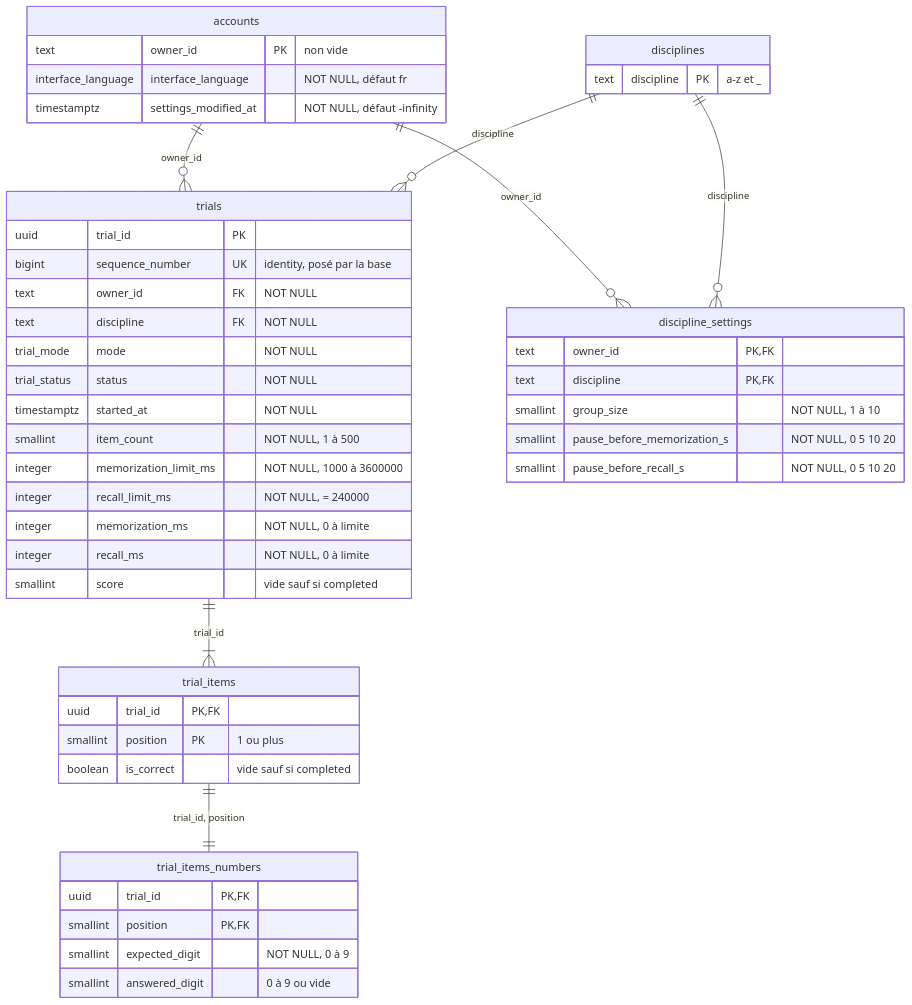
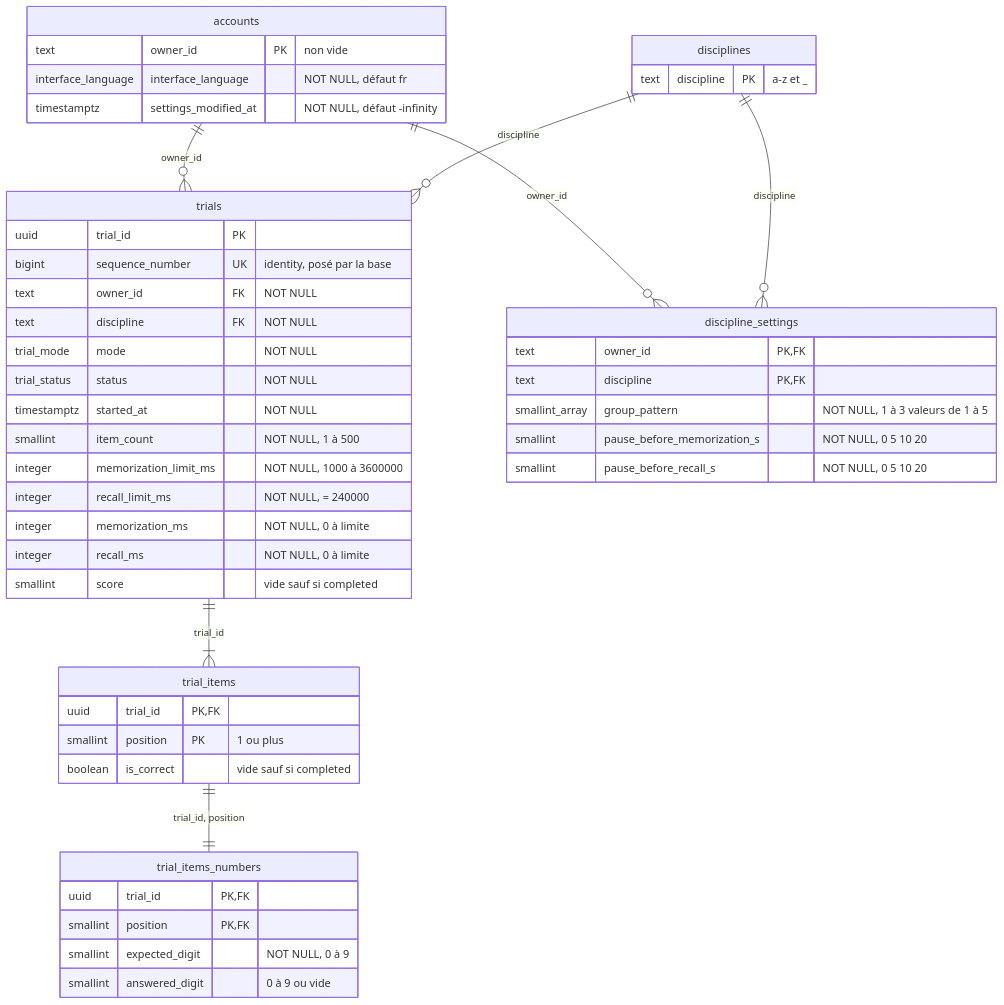
Before and after one commit to gabrielluthun/memory-trainer: the diagram in docs/04-specifications/bdd/mpd.md, drawn with Mermaid.

Commit message:
docs(specs): use group_pattern in the physical model

````diff
--- a/docs/04-specifications/bdd/mpd.md
+++ b/docs/04-specifications/bdd/mpd.md
@@ -17,51 +17,51 @@
 ```mermaid
 erDiagram
     accounts ||--o{ trials : "owner_id"
     disciplines ||--o{ trials : "discipline"
     trials ||--|{ trial_items : "trial_id"
     trial_items ||--|| trial_items_numbers : "trial_id, position"
     accounts ||--o{ discipline_settings : "owner_id"
     disciplines ||--o{ discipline_settings : "discipline"
 
     accounts {
         text owner_id PK "non vide"
         interface_language interface_language "NOT NULL, défaut fr"
         timestamptz settings_modified_at "NOT NULL, défaut -infinity"
     }
     disciplines {
         text discipline PK "a-z et _"
     }
     trials {
         uuid trial_id PK
         bigint sequence_number UK "identity, posé par la base"
         text owner_id FK "NOT NULL"
         text discipline FK "NOT NULL"
         trial_mode mode "NOT NULL"
         trial_status status "NOT NULL"
         timestamptz started_at "NOT NULL"
         smallint item_count "NOT NULL, 1 à 500"
         integer memorization_limit_ms "NOT NULL, 1000 à 3600000"
         integer recall_limit_ms "NOT NULL, = 240000"
         integer memorization_ms "NOT NULL, 0 à limite"
         integer recall_ms "NOT NULL, 0 à limite"
         smallint score "vide sauf si completed"
     }
     trial_items {
         uuid trial_id PK, FK
         smallint position PK "1 ou plus"
         boolean is_correct "vide sauf si completed"
     }
     trial_items_numbers {
         uuid trial_id PK, FK
         smallint position PK, FK
         smallint expected_digit "NOT NULL, 0 à 9"
         smallint answered_digit "0 à 9 ou vide"
     }
     discipline_settings {
         text owner_id PK, FK
         text discipline PK, FK
-        smallint group_size "NOT NULL, 1 à 10"
+        smallint_array group_pattern "NOT NULL, 1 à 3 valeurs de 1 à 5"
         smallint pause_before_memorization_s "NOT NULL, 0 5 10 20"
         smallint pause_before_recall_s "NOT NULL, 0 5 10 20"
     }
 ```
````
